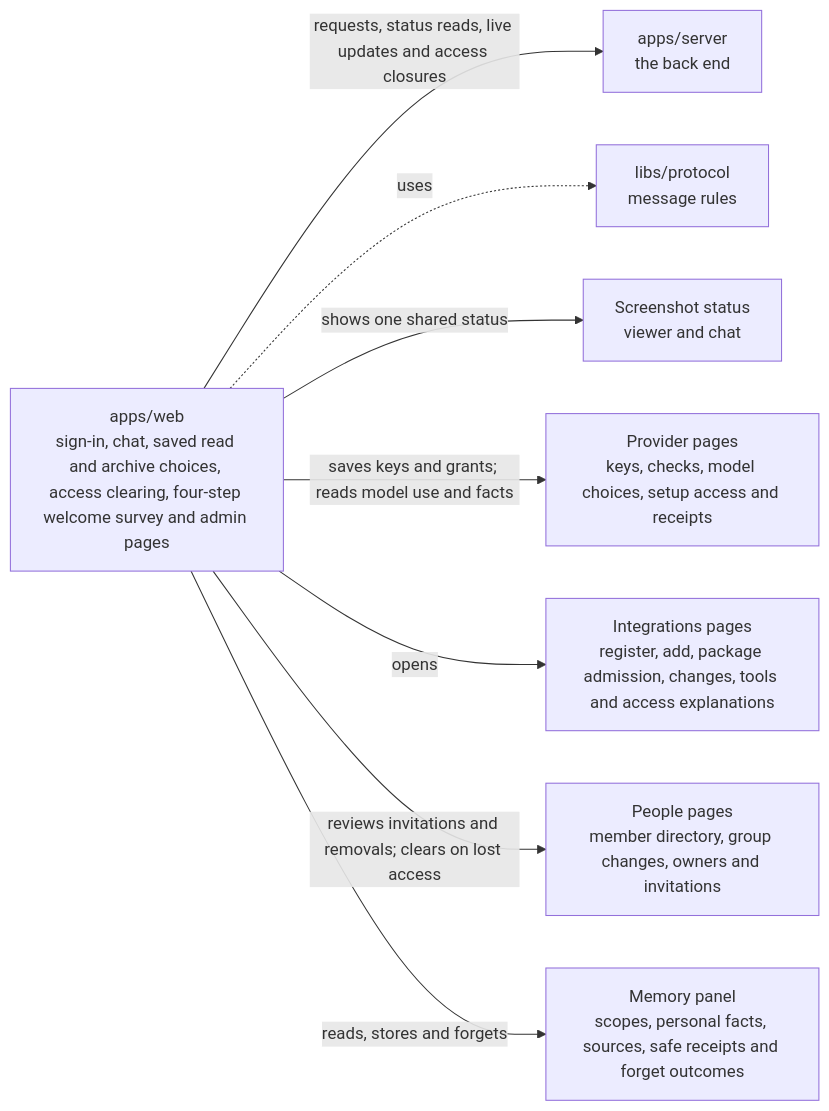
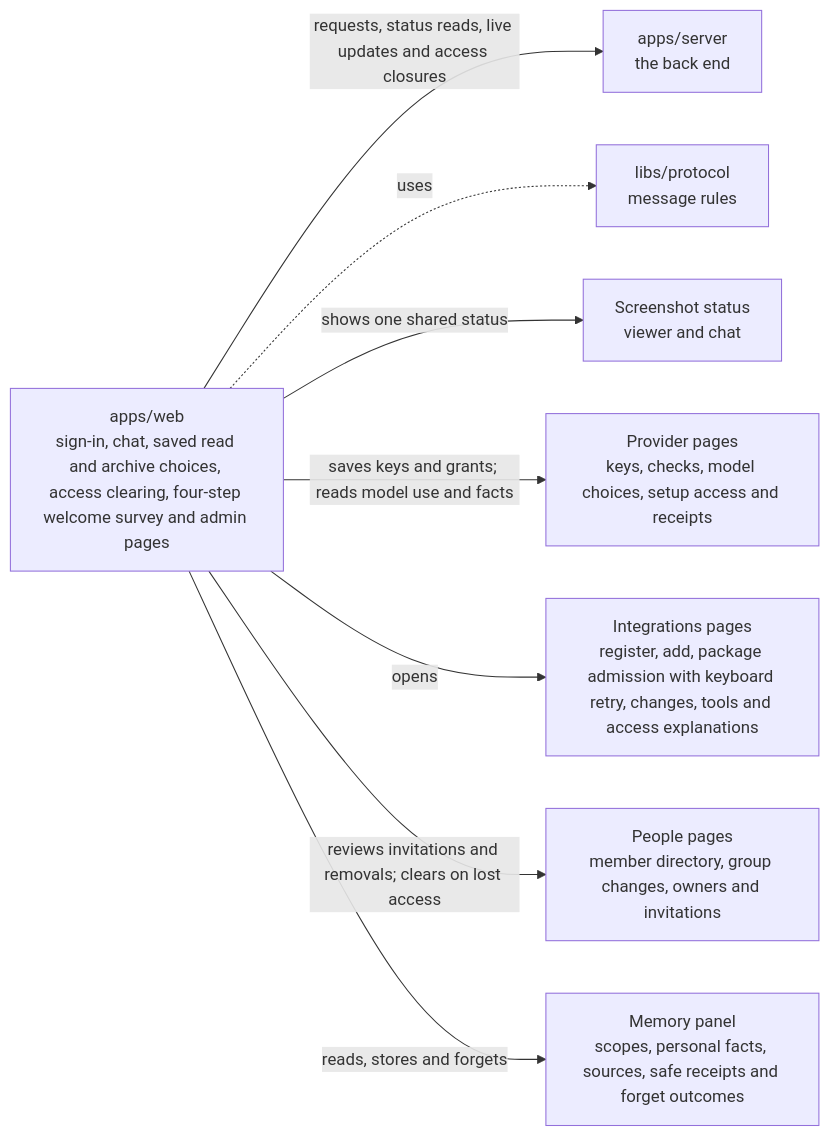
The diagram in apps/web/README.md (elewa-git/opencrane-new), drawn with Mermaid before and after one commit. The commit also changed other lines of this file and 18 other files, not shown here.

Commit message:
🛠️ Keep newer package details and restore keyboard focus

````diff
--- a/apps/web/README.md
+++ b/apps/web/README.md
@@ -11,10 +11,10 @@
 ```mermaid
 flowchart LR
   web["apps/web<br/>sign-in, chat, saved read and archive choices, access clearing, four-step welcome survey and admin pages"] -->|requests, status reads, live updates and access closures| server["apps/server<br/>the back end"]
   web -.->|uses| protocol["libs/protocol<br/>message rules"]
   web -->|shows one shared status| capture["Screenshot status<br/>viewer and chat"]
   web -->|saves keys and grants; reads model use and facts| providers["Provider pages<br/>keys, checks, model choices, setup access and receipts"]
-  web -->|opens| integrations["Integrations pages<br/>register, add, package admission, changes, tools and access explanations"]
+  web -->|opens| integrations["Integrations pages<br/>register, add, package admission with keyboard retry, changes, tools and access explanations"]
   web -->|reviews invitations and removals; clears on lost access| people["People pages<br/>member directory, group changes, owners and invitations"]
   web -->|reads, stores and forgets| memory["Memory panel<br/>scopes, personal facts, sources, safe receipts and forget outcomes"]
 ```
````
